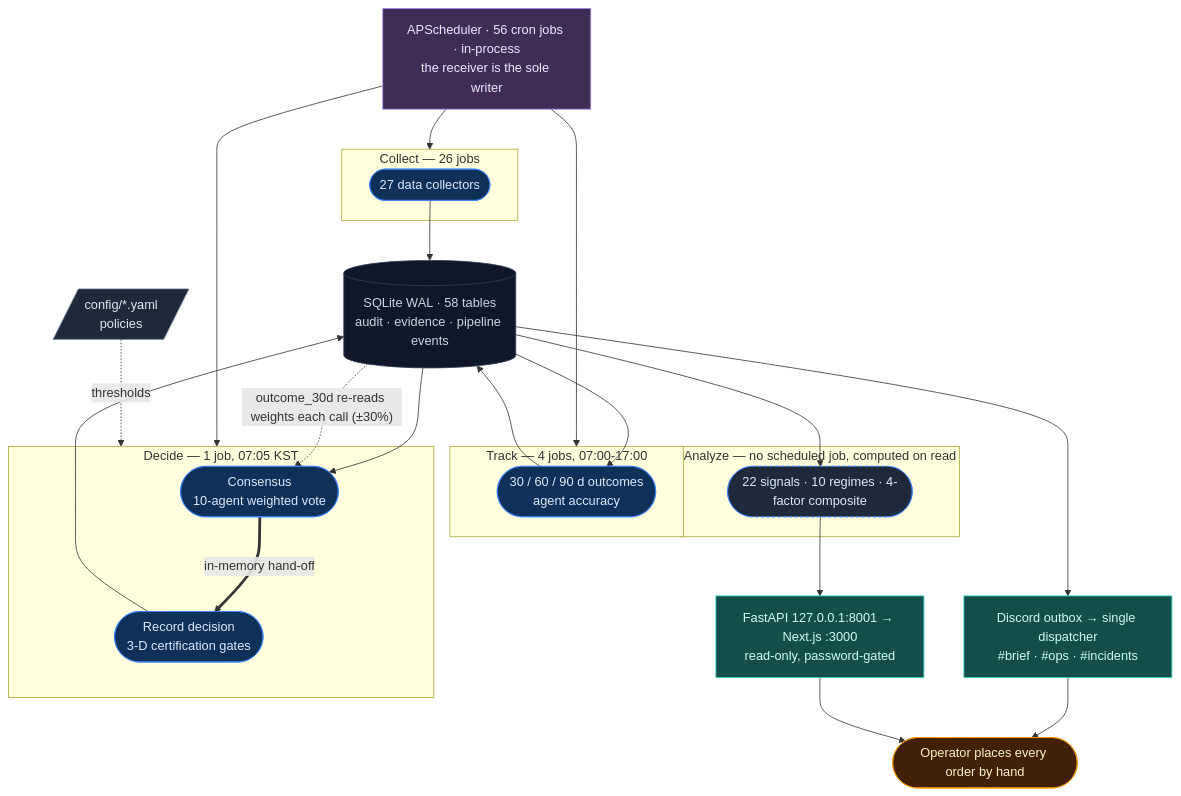
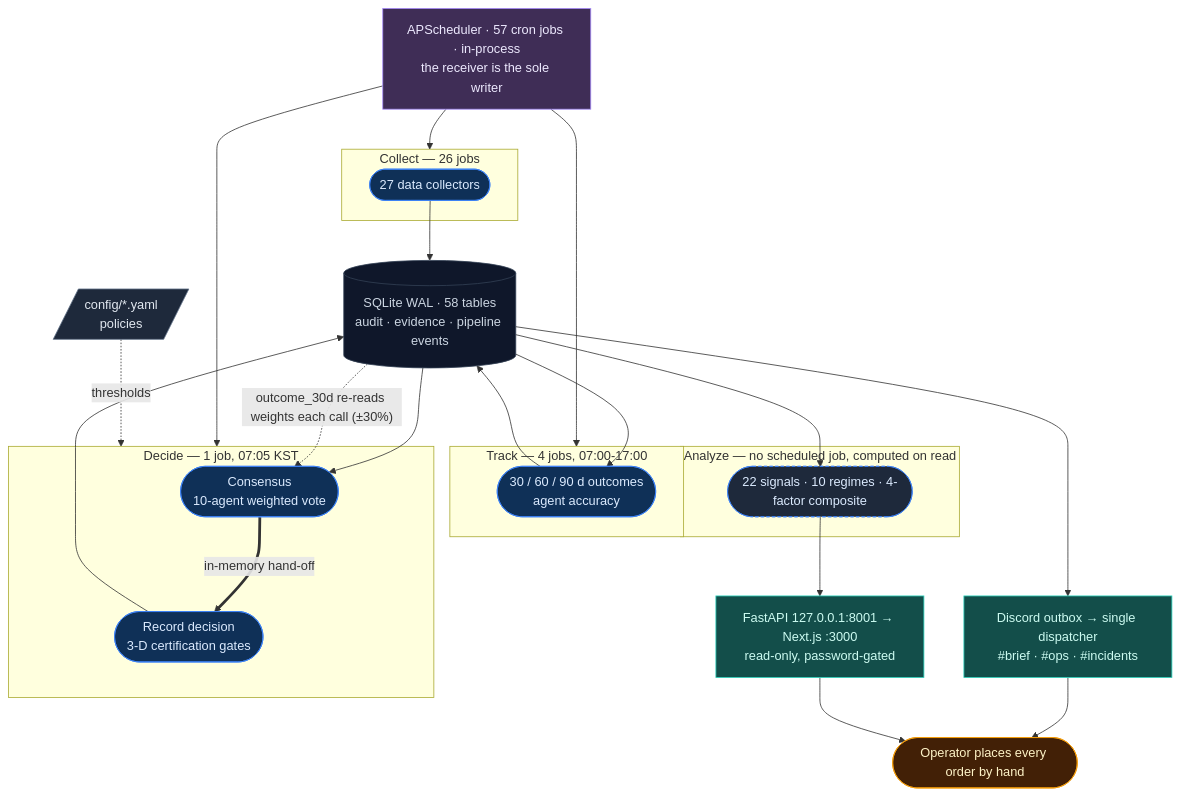
The diagram in README.md (researcherhojin/nuri-quant), drawn with Mermaid before and after one commit. The commit also changed other lines of this file and 5 other files, not shown here.

First line of the commit message:
fix(analysis): schedule the evidence charts nothing was regenerating (#1128) (#1161)

````diff
--- a/README.md
+++ b/README.md
@@ -55,53 +55,53 @@
 ```mermaid
 flowchart TB
-    SCHED["APScheduler · 56 cron jobs · in-process<br/>the receiver is the sole writer"]:::driver
+    SCHED["APScheduler · 57 cron jobs · in-process<br/>the receiver is the sole writer"]:::driver
     CFG[/"config/*.yaml<br/>policies"/]:::source
 
     subgraph Collect["Collect — 26 jobs"]
         COL(["27 data collectors"]):::pipe
     end
     subgraph Decide["Decide — 1 job, 07:05 KST"]
         CON(["Consensus<br/>10-agent weighted vote"]):::pipe
         CER(["Record decision<br/>3-D certification gates"]):::pipe
         CON ==>|in-memory hand-off| CER
     end
     subgraph Track["Track — 4 jobs, 07:00-17:00"]
         TRK(["30 / 60 / 90 d outcomes<br/>agent accuracy"]):::pipe
     end
     subgraph Analyze["Analyze — no scheduled job, computed on read"]
         ANA(["22 signals · 10 regimes · 4-factor composite"]):::lazy
     end
 
     DB[("SQLite WAL · 58 tables<br/>audit · evidence · pipeline events")]:::sink
 
     SCHED --> Collect
     SCHED --> Decide
     SCHED --> Track
     CFG -. thresholds .-> Decide
 
     COL --> DB
     DB --> CON
     CER --> DB
     DB --> TRK
     TRK --> DB
     DB -. "outcome_30d re-reads weights each call (±30%)" .-> CON
 
     DB --> ANA
     ANA --> READ
     DB --> BRIEF
 
     BRIEF["Discord outbox → single dispatcher<br/>#brief · #ops · #incidents"]:::out
     READ["FastAPI 127.0.0.1:8001 → Next.js :3000<br/>read-only, password-gated"]:::out
     USER(["Operator places every order by hand"]):::user
 
     BRIEF --> USER
     READ --> USER
 
     classDef driver fill:#3f2d56,stroke:#a78bfa,color:#ede9fe
     classDef source fill:#1e293b,stroke:#64748b,color:#e2e8f0
     classDef pipe   fill:#0f3057,stroke:#3b82f6,color:#dbeafe
     classDef lazy   fill:#1e293b,stroke:#3b82f6,color:#dbeafe,stroke-dasharray: 4 3
     classDef sink   fill:#0f172a,stroke:#334155,color:#cbd5e1
     classDef out    fill:#134e4a,stroke:#2dd4bf,color:#ccfbf1
     classDef user   fill:#422006,stroke:#f59e0b,color:#fef3c7
 ```
````
